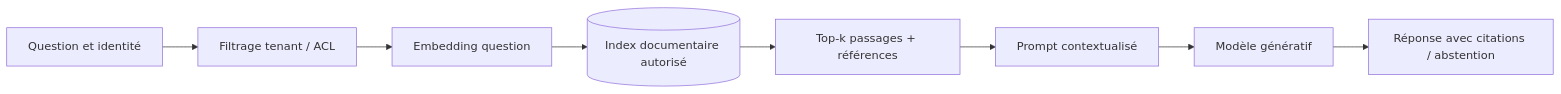
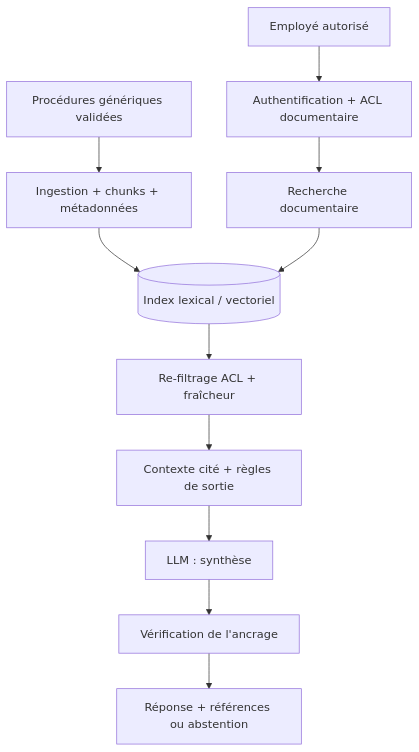
Before and after one commit to zdmooc/enterprise-architecture-patterns-handbook: the first of 2 diagrams in 08-ai-architecture-patterns/01-rag/README.md, drawn with Mermaid. The commit also changed other lines of this file and 4 other files, not shown here.

````diff
--- a/08-ai-architecture-patterns/01-rag/README.md
+++ b/08-ai-architecture-patterns/01-rag/README.md
@@ -17,10 +13,13 @@
-```mermaid
-flowchart LR
- U["Question et identité"] --> F["Filtrage tenant / ACL"]
- F --> E["Embedding question"]
- E --> V[("Index documentaire autorisé")]
- V --> R["Top-k passages + références"]
- R --> P["Prompt contextualisé"]
- P --> L["Modèle génératif"]
- L --> C["Réponse avec citations / abstention"]
-```
+~~~mermaid
+flowchart TB
+ U["Employé autorisé"] --> AUTH["Authentification + ACL documentaire"]
+ AUTH --> Q["Recherche documentaire"]
+ DOC["Procédures génériques validées"] --> ING["Ingestion + chunks + métadonnées"]
+ ING --> IDX[("Index lexical / vectoriel")]
+ Q --> IDX
+ IDX --> FIL["Re-filtrage ACL + fraîcheur"]
+ FIL --> CTX["Contexte cité + règles de sortie"]
+ CTX --> LLM["LLM : synthèse"]
+ LLM --> VER["Vérification de l'ancrage"]
+ VER --> OUT["Réponse + références ou abstention"]
+~~~
````
